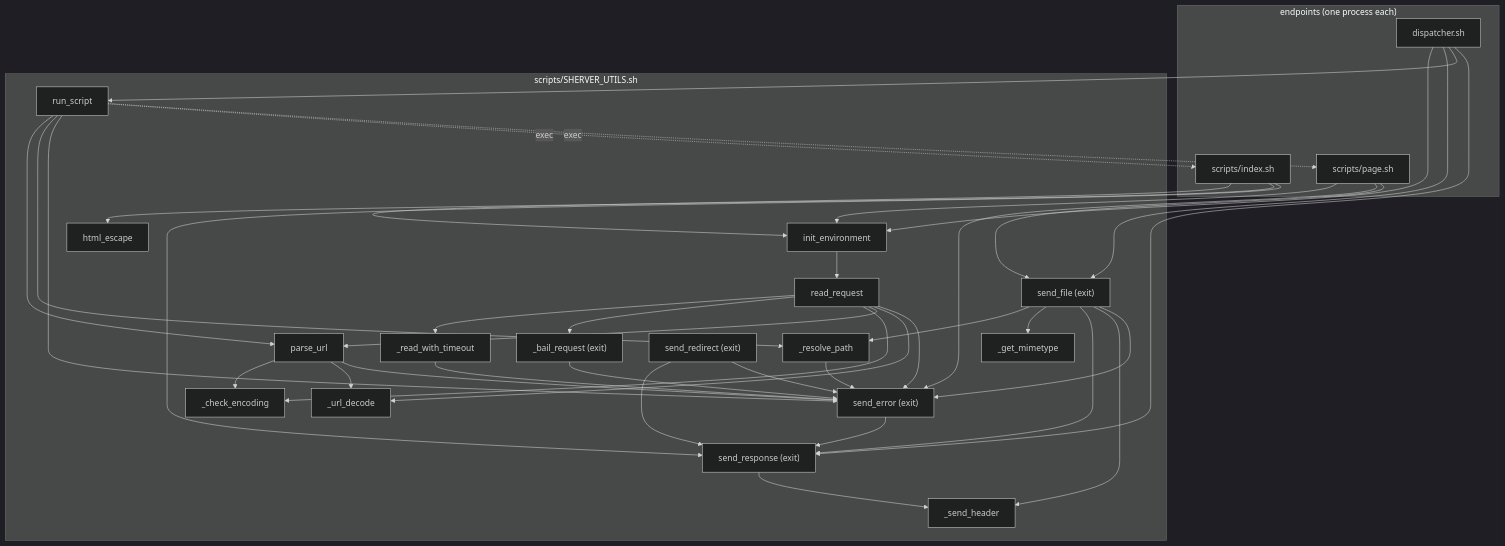
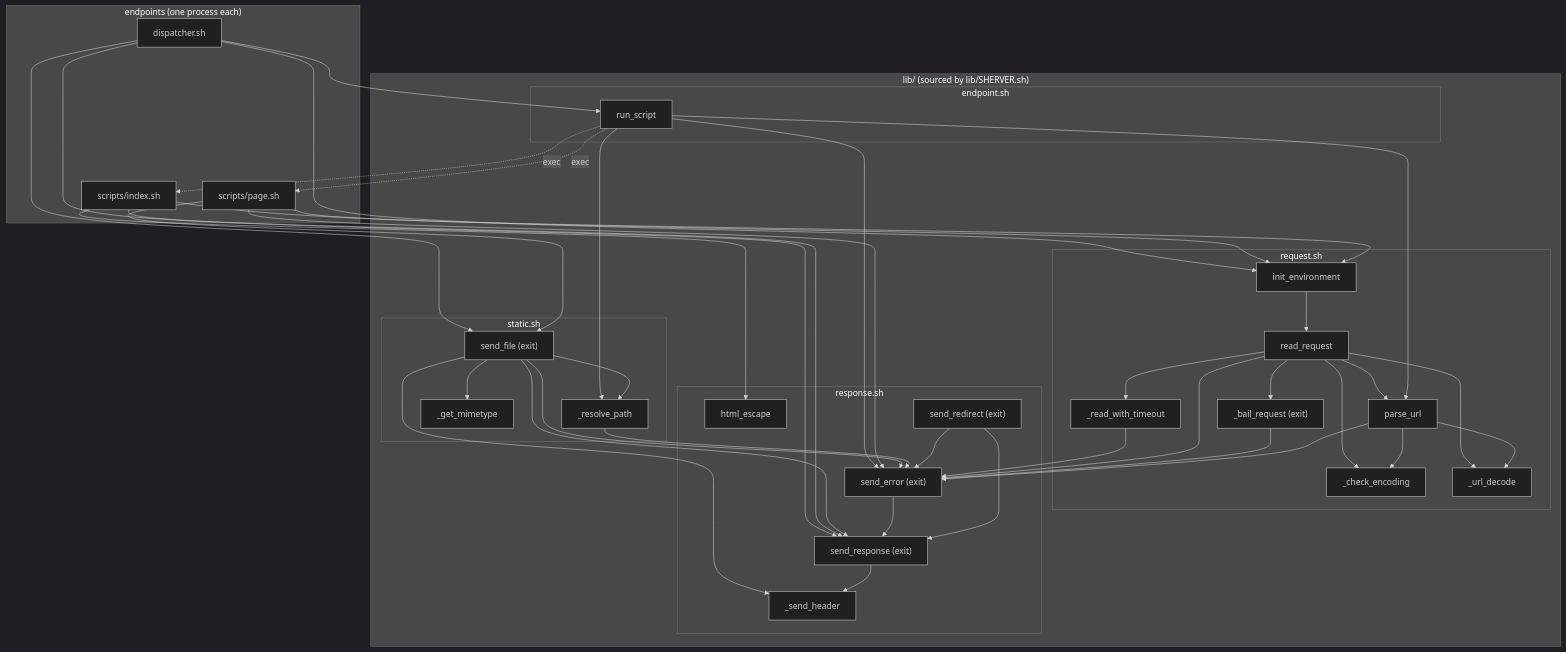
The diagram in docs/call-graph.md (remileduc/sherver), drawn with Mermaid (dark theme) before and after one commit. The commit also changed other lines of this file and 17 other files, not shown here.

First line of the commit message:
Refactor: Full rewrite and split of the library into lib folder.

````diff
--- a/docs/call-graph.md
+++ b/docs/call-graph.md
@@ -38,69 +39,77 @@
 ```mermaid
 flowchart TD
     subgraph endpoints ["endpoints (one process each)"]
         dispatcher[dispatcher.sh]
         index[scripts/index.sh]
         page[scripts/page.sh]
     end
 
-    subgraph library ["scripts/SHERVER_UTILS.sh"]
-        init_environment
-        read_request
-        bail_request["_bail_request (exit)"]
-        read_with_timeout[_read_with_timeout]
-        parse_url
-        check_encoding[_check_encoding]
-        url_decode[_url_decode]
-        resolve_path[_resolve_path]
-        get_mimetype[_get_mimetype]
-        html_escape
-        send_header[_send_header]
-        send_response["send_response (exit)"]
-        send_file["send_file (exit)"]
-        send_error["send_error (exit)"]
-        send_redirect["send_redirect (exit)"]
-        run_script
+    subgraph library ["lib/ (sourced by lib/SHERVER.sh)"]
+        subgraph request ["request.sh"]
+            init_environment
+            read_request
+            bail_request["_bail_request (exit)"]
+            read_with_timeout[_read_with_timeout]
+            parse_url
+            check_encoding[_check_encoding]
+            url_decode[_url_decode]
+        end
+        subgraph response ["response.sh"]
+            html_escape
+            send_header[_send_header]
+            send_response["send_response (exit)"]
+            send_error["send_error (exit)"]
+            send_redirect["send_redirect (exit)"]
+        end
+        subgraph static ["static.sh"]
+            resolve_path[_resolve_path]
+            get_mimetype[_get_mimetype]
+            send_file["send_file (exit)"]
+        end
+        subgraph endpoint ["endpoint.sh"]
+            run_script
+        end
     end
 
     dispatcher --> init_environment
     dispatcher --> send_file
     dispatcher --> run_script
     dispatcher --> send_response
 
     init_environment --> read_request
     read_request --> read_with_timeout
     read_with_timeout --> send_error
     read_request --> bail_request
     read_request --> check_encoding
     read_request --> parse_url
     read_request --> url_decode
     read_request --> send_error
     bail_request --> send_error
     parse_url --> check_encoding
     parse_url --> url_decode
     parse_url --> send_error
 
     run_script --> parse_url
     run_script --> resolve_path
     run_script --> send_error
     run_script -. exec .-> index
     run_script -. exec .-> page
 
     index --> init_environment
     index --> html_escape
     index --> send_response
     page --> init_environment
     page --> send_error
     page --> send_file
 
     send_file --> resolve_path
     send_file --> get_mimetype
     send_file --> send_response
     send_file --> send_header
     send_file --> send_error
     resolve_path --> send_error
     send_error --> send_response
     send_redirect --> send_response
     send_redirect --> send_error
     send_response --> send_header
 ```
````
